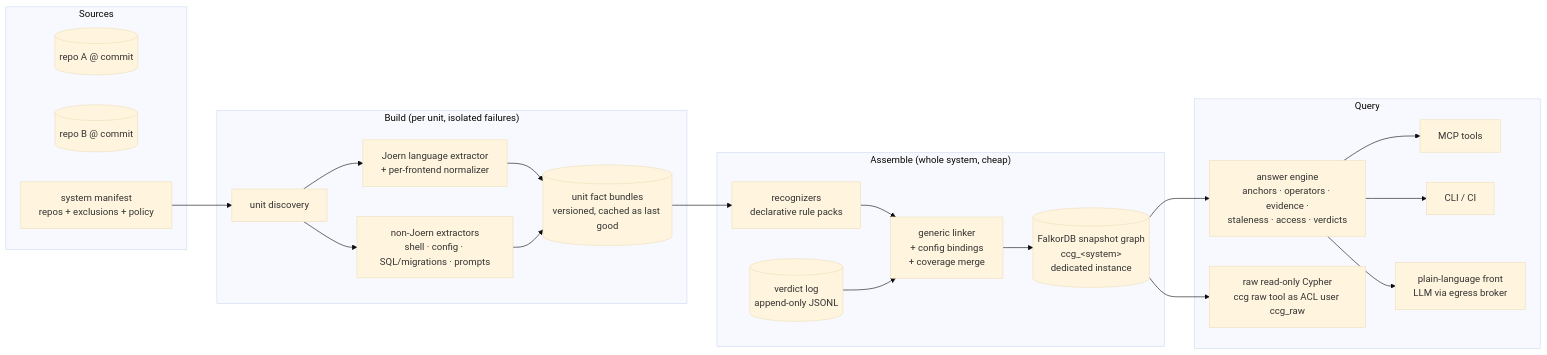
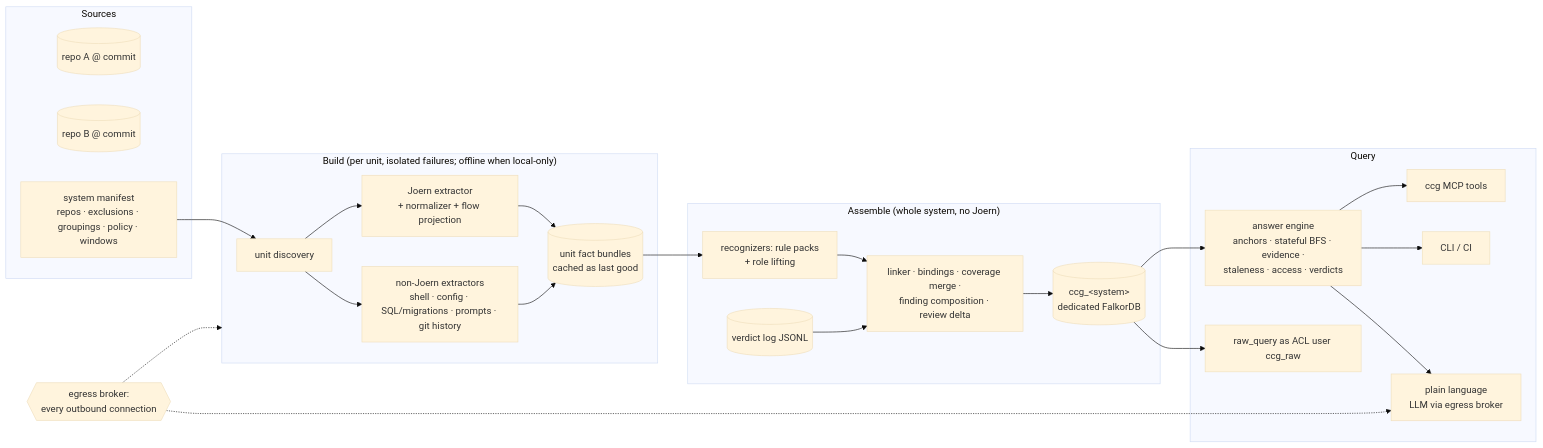
One commit to mauriciobs666/graphmind-ai-lab changed the diagram in docs/plans/connected-code-graph.md. Above: the diagram before and after it, drawn with Mermaid (base theme). The commit also changed other lines of this file and 5 other files, not shown here.

First line of the commit message:
docs: connected-code-graph expert round 2 -- plan v3.2 approved (requirements still Interviewing)

````diff
--- a/docs/plans/connected-code-graph.md
+++ b/docs/plans/connected-code-graph.md
@@ -280,28 +305,30 @@
 ```mermaid
 flowchart LR
   subgraph Sources
     R1[(repo A @ commit)]
     R2[(repo B @ commit)]
-    SM[system manifest<br/>repos + exclusions + policy]
+    SM[system manifest<br/>repos · exclusions · groupings · policy · windows]
   end
-  subgraph Build["Build (per unit, isolated failures)"]
-    D[unit discovery] --> X1[Joern language extractor<br/>+ per-frontend normalizer]
-    D --> X2[non-Joern extractors<br/>shell · config · SQL/migrations · prompts]
-    X1 --> B[(unit fact bundles<br/>versioned, cached as last good)]
+  subgraph Build["Build (per unit, isolated failures; offline when local-only)"]
+    D[unit discovery] --> X1[Joern extractor<br/>+ normalizer + flow projection]
+    D --> X2[non-Joern extractors<br/>shell · config · SQL/migrations · prompts · git history]
+    X1 --> B[(unit fact bundles<br/>cached as last good)]
     X2 --> B
   end
-  subgraph Assemble["Assemble (whole system, cheap)"]
-    B --> RP[recognizers<br/>declarative rule packs]
-    RP --> L[generic linker<br/>+ config bindings<br/>+ coverage merge]
-    V[(verdict log<br/>append-only JSONL)] --> L
-    L --> G[(FalkorDB snapshot graph<br/>ccg_&lt;system&gt;<br/>dedicated instance)]
+  subgraph Assemble["Assemble (whole system, no Joern)"]
+    B --> RP[recognizers: rule packs<br/>+ role lifting]
+    RP --> L[linker · bindings · coverage merge ·<br/>finding composition · review delta]
+    V[(verdict log JSONL)] --> L
+    L --> G[(ccg_&lt;system&gt;<br/>dedicated FalkorDB)]
   end
   subgraph Query
-    G --> E[answer engine<br/>anchors · operators · evidence ·<br/>staleness · access · verdicts]
-    E --> C1[MCP tools]
+    G --> E[answer engine<br/>anchors · stateful BFS · evidence ·<br/>staleness · access · verdicts]
+    E --> C1[ccg MCP tools]
     E --> C2[CLI / CI]
-    E --> C3[plain-language front<br/>LLM via egress broker]
-    G --> C4[raw read-only Cypher<br/>ccg raw tool as ACL user ccg_raw]
+    E --> C3[plain language<br/>LLM via egress broker]
+    G --> C4[raw_query as ACL user ccg_raw]
   end
   SM --> D
+  EB{{egress broker:<br/>every outbound connection}} -.-> Build
+  EB -.-> C3
 ```
````
